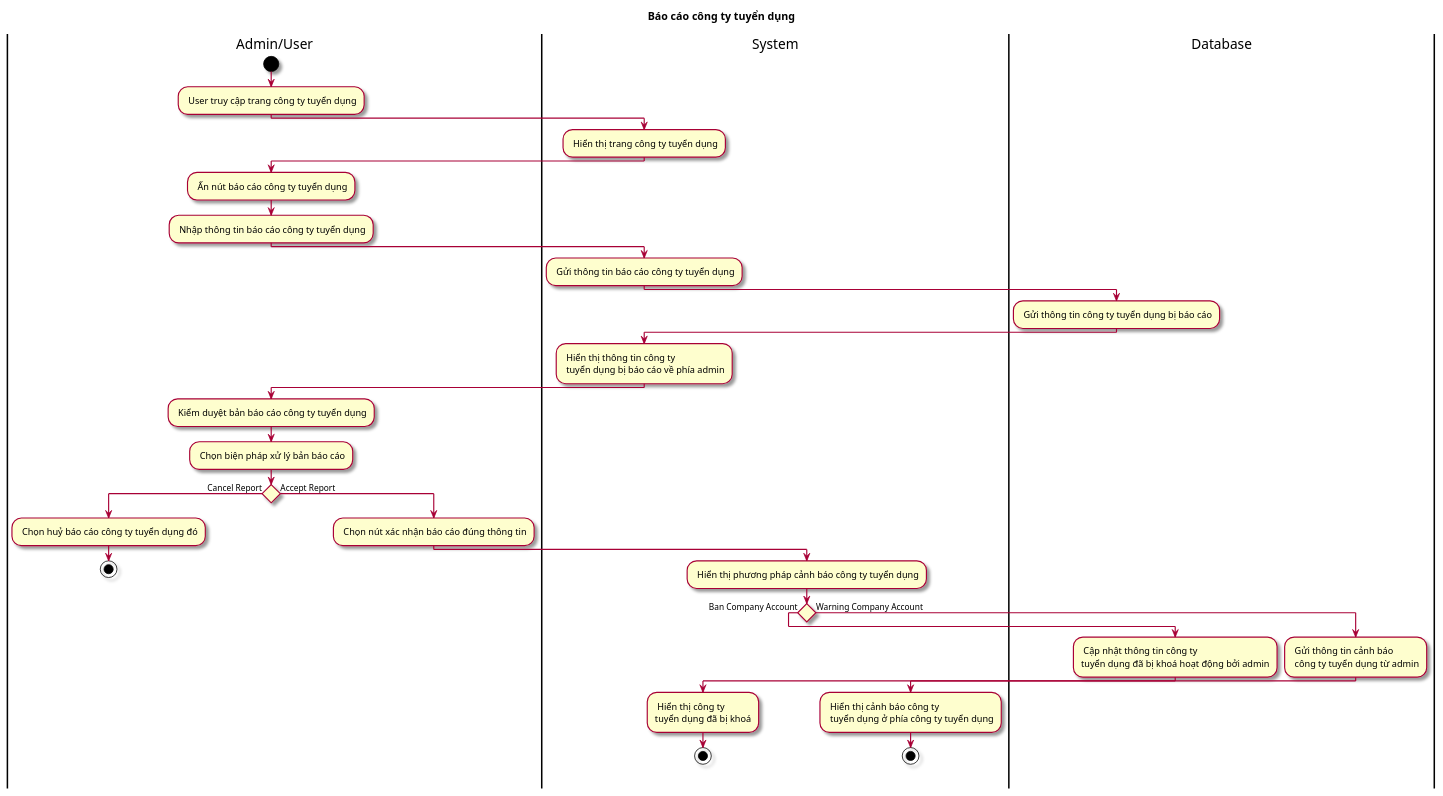
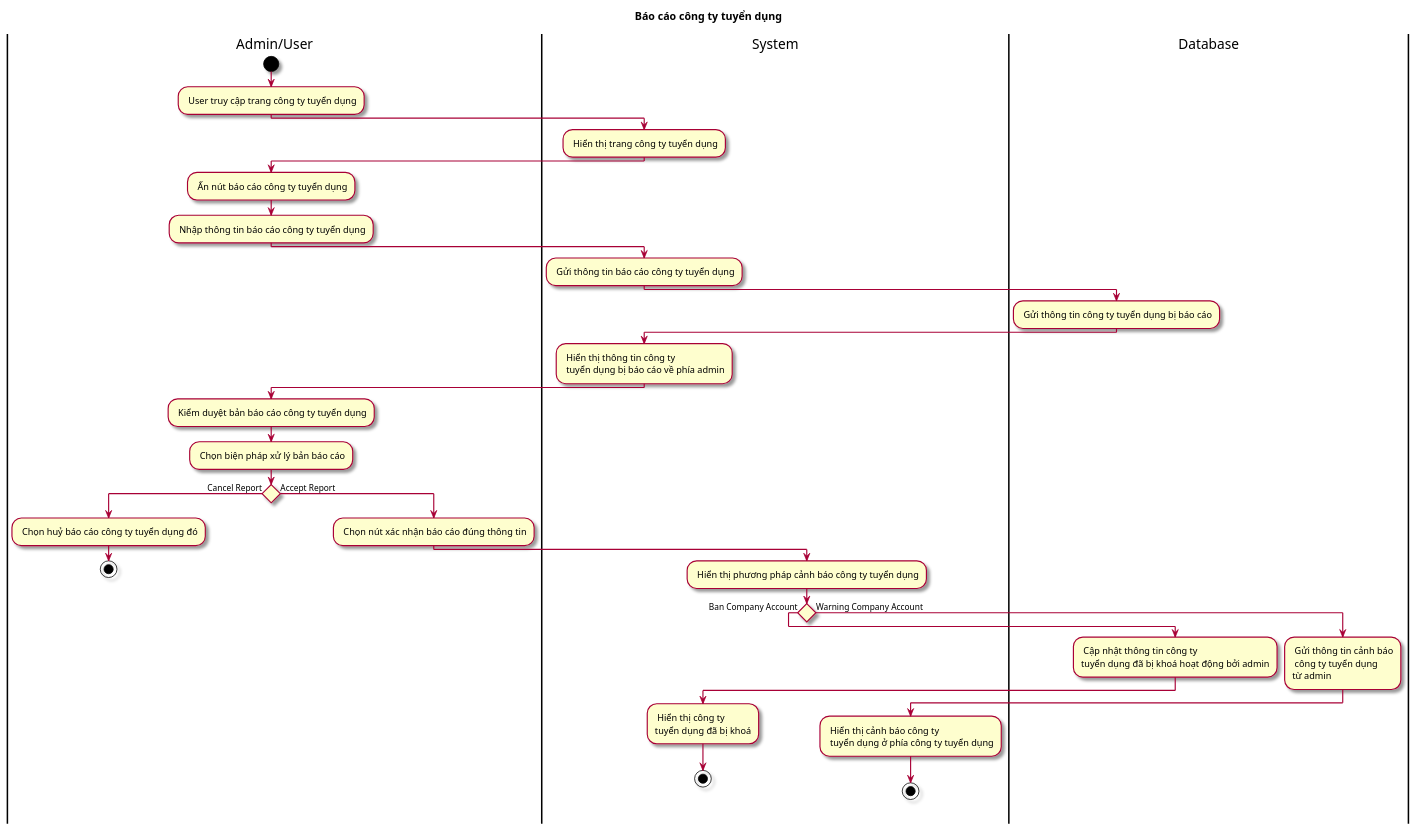
Before and after one commit to Griselda4774/EAS-EmploymentAssistanceSystem: the diagram in Lab1/Lab 1.2 Diagram/Activity/FileUML/4.2 ActBaoCaoCongTy.puml, drawn with PlantUML. The commit also changed 5 other files, not shown here.

```diff
--- a/Lab1/Lab 1.2 Diagram/Activity/FileUML/4.2 ActBaoCaoCongTy.puml
+++ b/Lab1/Lab 1.2 Diagram/Activity/FileUML/4.2 ActBaoCaoCongTy.puml
@@ -1,41 +1,41 @@
 @startuml ActBaoCaoBaiDang
 skin rose
 title Báo cáo công ty tuyển dụng
 |Admin/User|
 start
 : User truy cập trang công ty tuyển dụng;
 |System|
 : Hiển thị trang công ty tuyển dụng;
 |Admin/User|
 : Ấn nút báo cáo công ty tuyển dụng;
 : Nhập thông tin báo cáo công ty tuyển dụng;
 |System|
 : Gửi thông tin báo cáo công ty tuyển dụng;
 |Database|
 : Gửi thông tin công ty tuyển dụng bị báo cáo;
 |System|
 : Hiển thị thông tin công ty \n tuyển dụng bị báo cáo về phía admin;
 |Admin/User|
 : Kiểm duyệt bản báo cáo công ty tuyển dụng;
 : Chọn biện pháp xử lý bản báo cáo;
 if () then (Cancel Report)
 : Chọn huỷ báo cáo công ty tuyển dụng đó;
 stop
 else (Accept Report)
 : Chọn nút xác nhận báo cáo đúng thông tin;
 |System|
 : Hiển thị phương pháp cảnh báo công ty tuyển dụng;
 if () then (Ban Company Account)
 |Database|
 : Cập nhật thông tin công ty \ntuyển dụng đã bị khoá hoạt động bởi admin;
 |System|
 : Hiển thị công ty \ntuyển dụng đã bị khoá;
 stop
 else (Warning Company Account)
 |Database|
-: Gửi thông tin cảnh báo\n công ty tuyển dụng từ admin;
+: Gửi thông tin cảnh báo\n công ty tuyển dụng\ntừ admin;
 |System|
 : Hiển thị cảnh báo công ty\n tuyển dụng ở phía công ty tuyển dụng;
 stop
 
 @enduml
```
